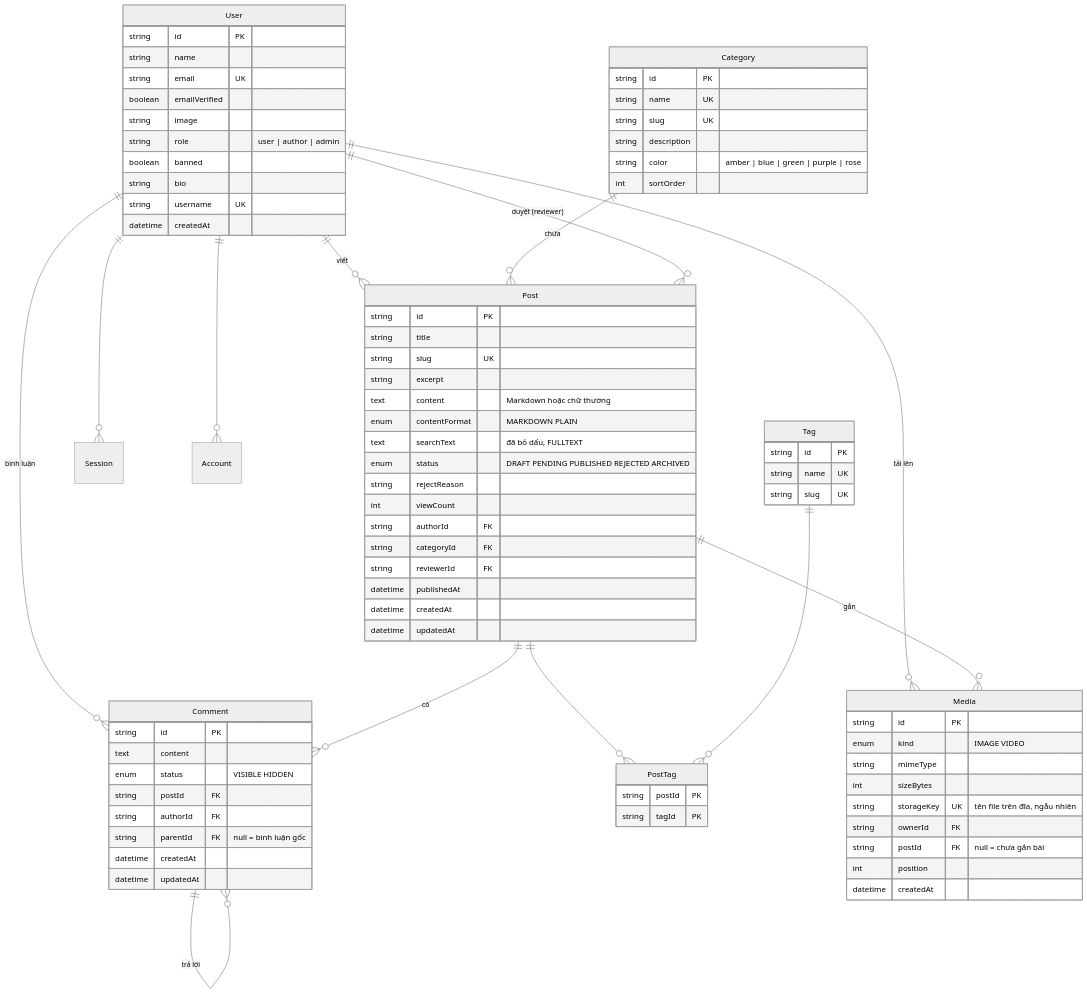
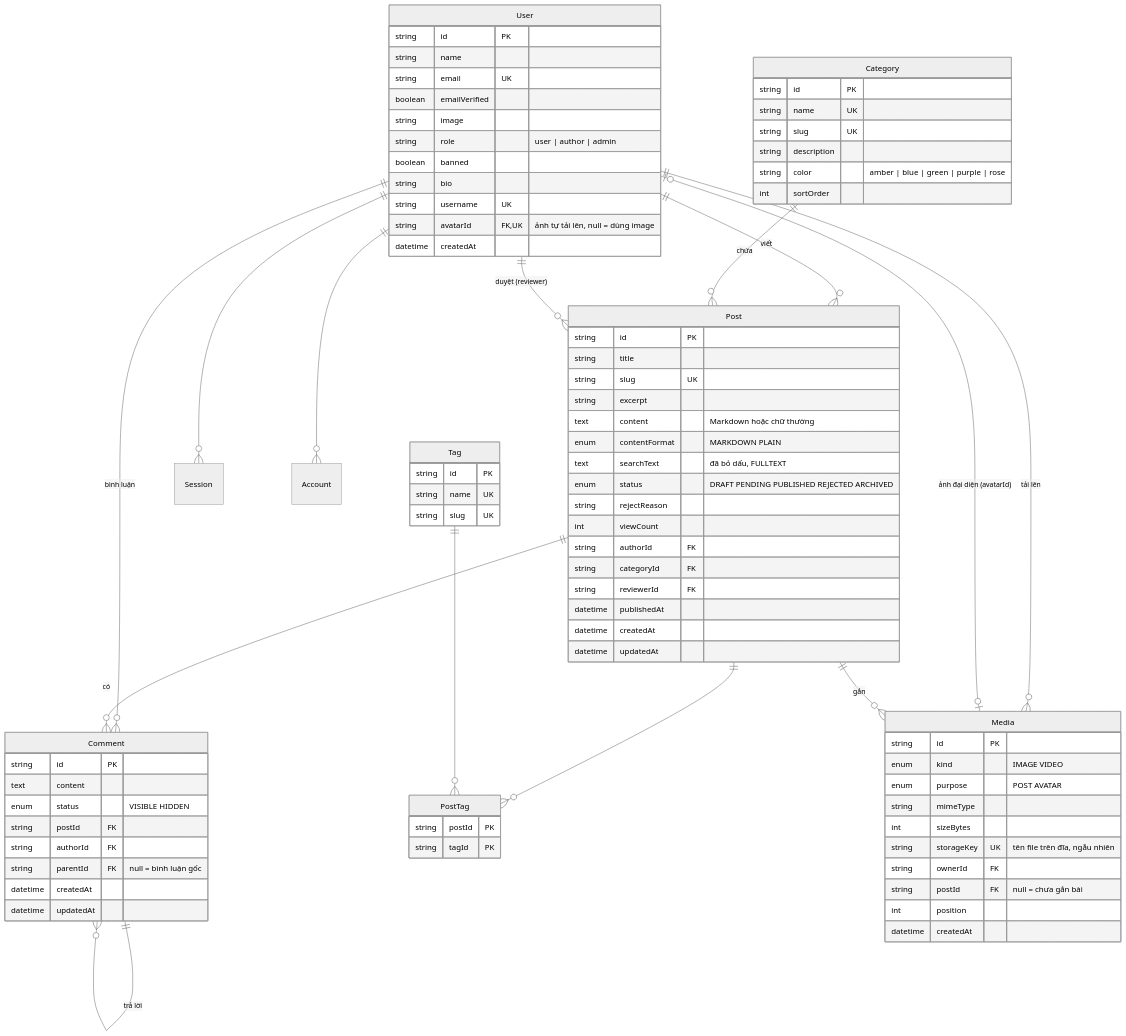
One commit to HNgTruc/Xom-Nho changed the diagram in docs/co-so-du-lieu.md. Above: the diagram before and after it, drawn with Mermaid (neutral theme). The commit also changed other lines of this file and 4 other files, not shown here.

Commit message:
docs: ghi ảnh đại diện vào api, cơ sở dữ liệu, phân quyền, lộ trình

```diff
--- a/docs/co-so-du-lieu.md
+++ b/docs/co-so-du-lieu.md
@@ -16,6 +16,7 @@
   Post ||--o{ Comment : "có"
   Comment ||--o{ Comment : "trả lời"
   User ||--o{ Media : "tải lên"
+  User |o--o| Media : "ảnh đại diện (avatarId)"
   Post ||--o{ Media : "gắn"
   User ||--o{ Post : "duyệt (reviewer)"
 
@@ -29,6 +30,7 @@
     boolean banned
     string bio
     string username UK
+    string avatarId FK,UK "ảnh tự tải lên, null = dùng image"
     datetime createdAt
   }
   Post {
@@ -52,6 +54,7 @@
   Media {
     string id PK
     enum kind "IMAGE VIDEO"
+    enum purpose "POST AVATAR"
     string mimeType
     int sizeBytes
     string storageKey UK "tên file trên đĩa, ngẫu nhiên"
```
